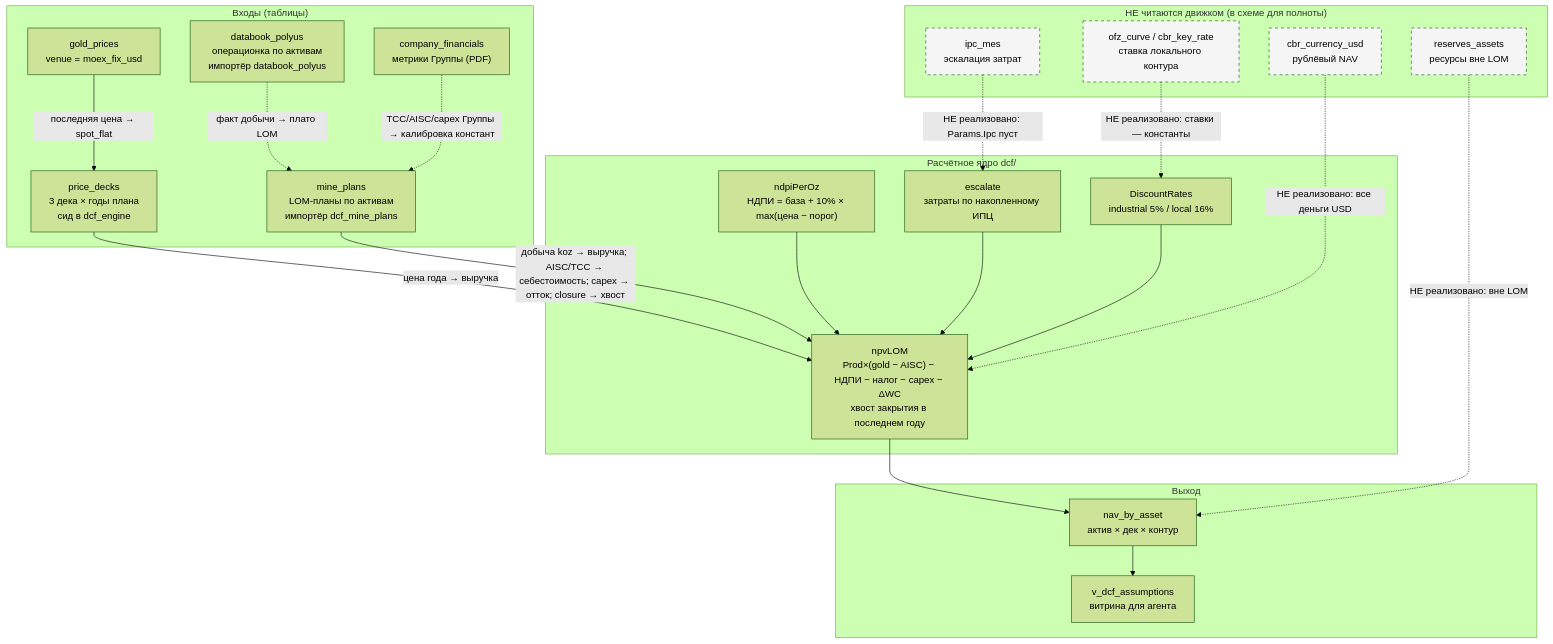
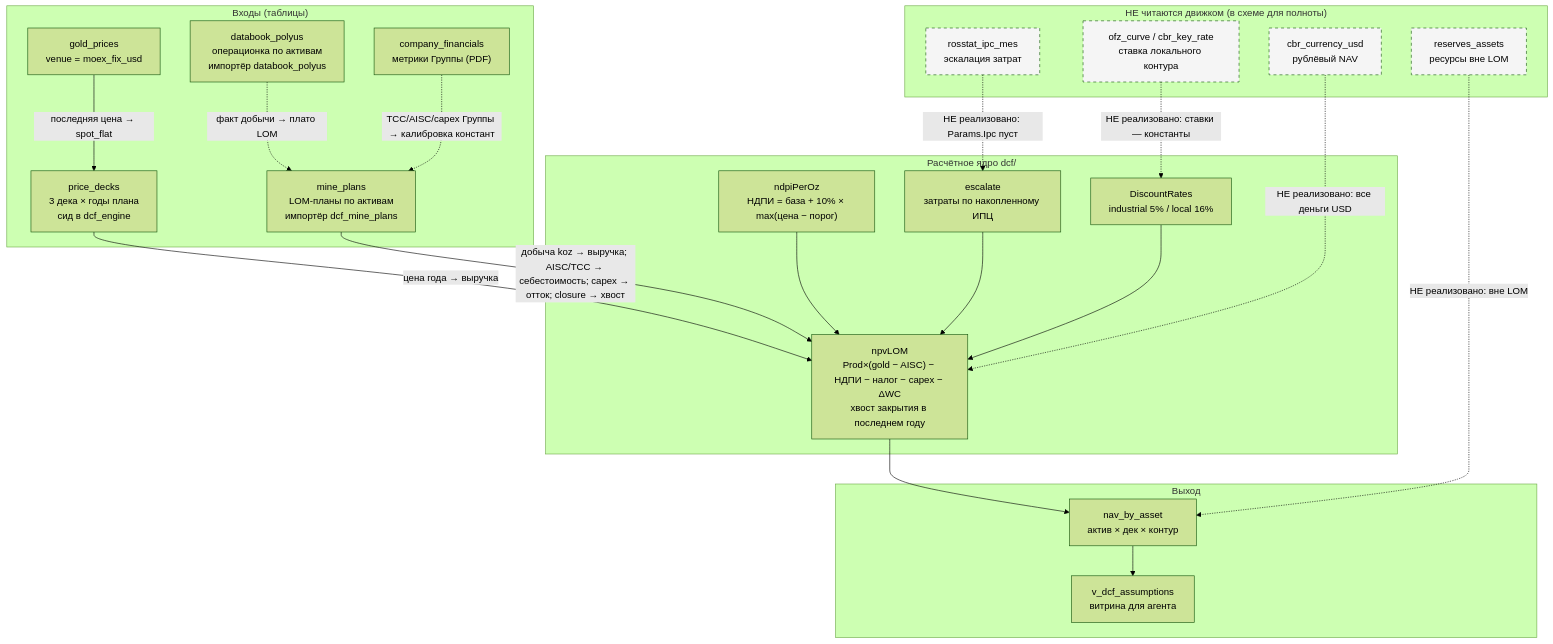
The diagram in docs/DCF_DATA_COVERAGE.md (kmlebedev/clickhouse-import-rosstat), drawn with Mermaid (forest theme) before and after one commit. The commit also changed other lines of this file and 9 other files, not shown here.

````diff
--- a/docs/DCF_DATA_COVERAGE.md
+++ b/docs/DCF_DATA_COVERAGE.md
@@ -13,48 +13,48 @@
 ```mermaid
 flowchart TD
     subgraph inputs["Входы (таблицы)"]
         GP["gold_prices<br/>venue = moex_fix_usd"]
         MP["mine_plans<br/>LOM-планы по активам<br/>импортёр dcf_mine_plans"]
         PD["price_decks<br/>3 дека × годы плана<br/>сид в dcf_engine"]
         DB["databook_polyus<br/>операционка по активам<br/>импортёр databook_polyus"]
         CF["company_financials<br/>метрики Группы (PDF)"]
     end
 
     subgraph notread["НЕ читаются движком (в схеме для полноты)"]
-        IPC["ipc_mes<br/>эскалация затрат"]
+        IPC["rosstat_ipc_mes<br/>эскалация затрат"]
         OFZ["ofz_curve / cbr_key_rate<br/>ставка локального контура"]
         FX["cbr_currency_usd<br/>рублёвый NAV"]
         RES["reserves_assets<br/>ресурсы вне LOM"]
     end
 
     subgraph core["Расчётное ядро dcf/"]
         ND["ndpiPerOz<br/>НДПИ = база + 10% × max(цена − порог)"]
         NPV["npvLOM<br/>Prod×(gold − AISC) − НДПИ − налог − capex − ΔWC<br/>хвост закрытия в последнем году"]
         ESC["escalate<br/>затраты по накопленному ИПЦ"]
         RATES["DiscountRates<br/>industrial 5% / local 16%"]
     end
 
     subgraph out["Выход"]
         NAV["nav_by_asset<br/>актив × дек × контур"]
         VIEW["v_dcf_assumptions<br/>витрина для агента"]
     end
 
     GP -->|"последняя цена → spot_flat"| PD
     PD -->|"цена года → выручка"| NPV
     MP -->|"добыча koz → выручка; AISC/TCC → себестоимость; capex → отток; closure → хвост"| NPV
     DB -.->|"факт добычи → плато LOM"| MP
     CF -.->|"TCC/AISC/capex Группы → калибровка констант"| MP
     ND --> NPV
     ESC --> NPV
     RATES --> NPV
     NPV --> NAV
     NAV --> VIEW
 
     IPC -.->|"НЕ реализовано: Params.Ipc пуст"| ESC
     OFZ -.->|"НЕ реализовано: ставки — константы"| RATES
     FX -.->|"НЕ реализовано: все деньги USD"| NPV
     RES -.->|"НЕ реализовано: вне LOM"| NAV
 
     classDef notimpl stroke-dasharray: 5 5,fill:#f5f5f5
     class IPC,OFZ,FX,RES notimpl
 ```
````
